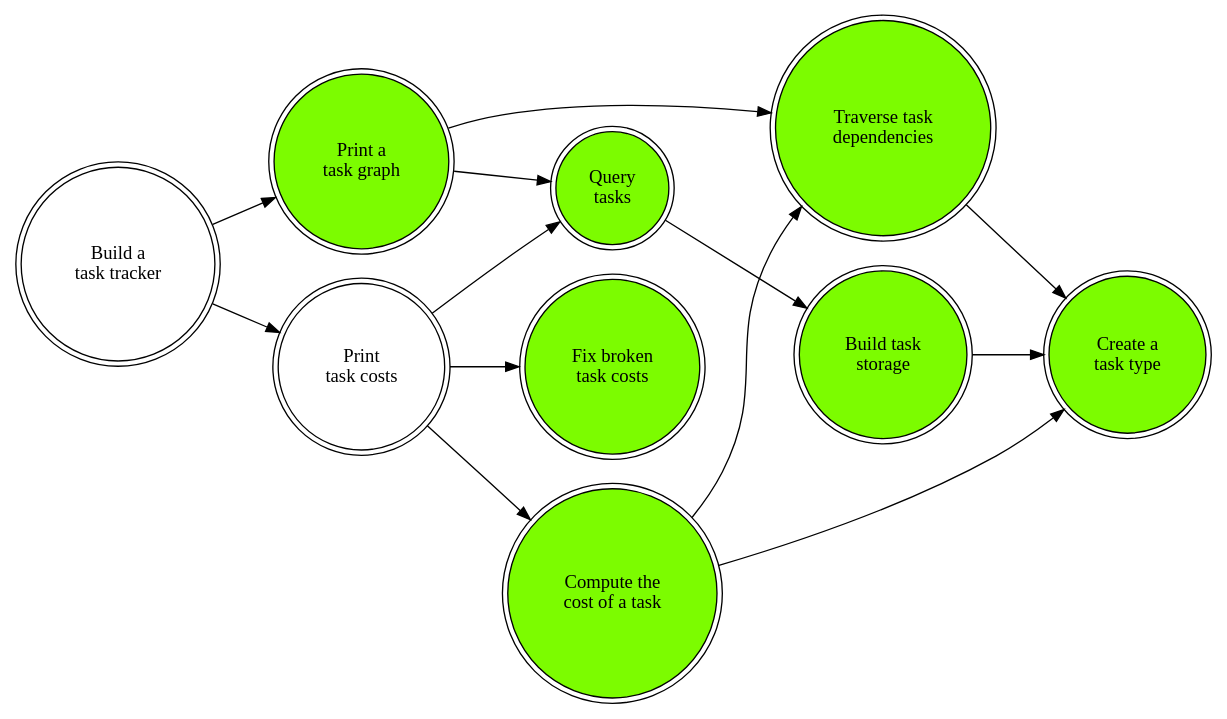
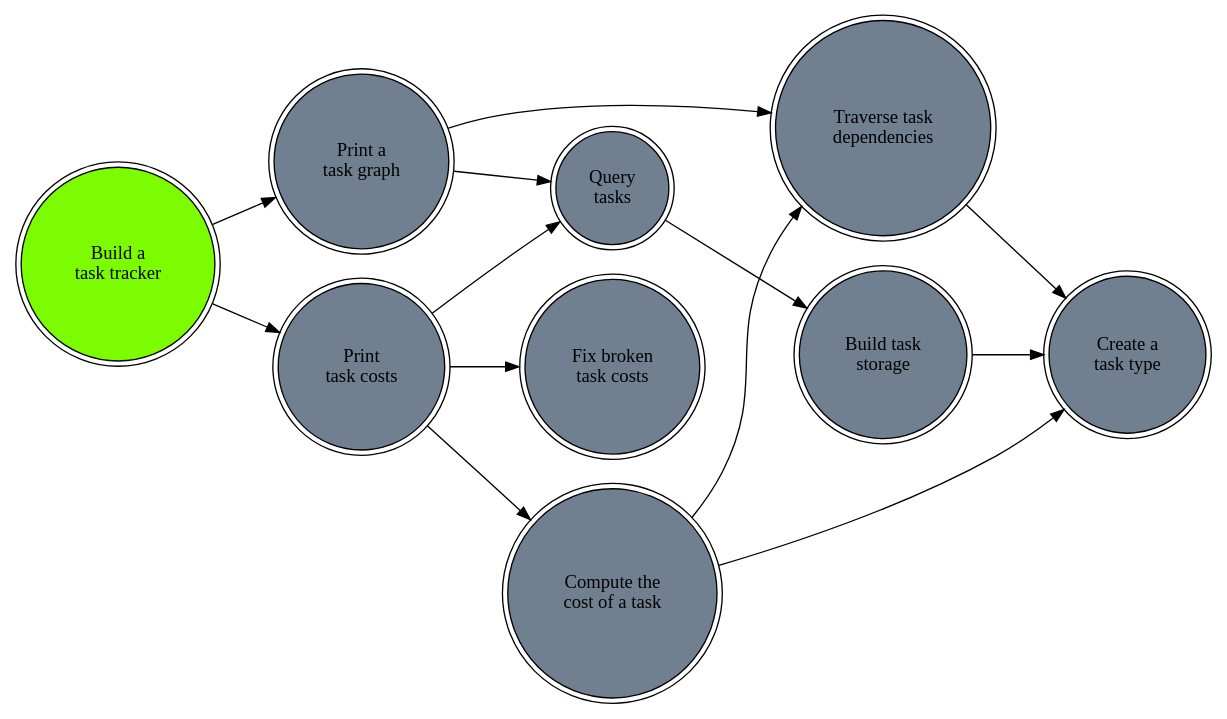
The diagram in dags/tasks6.dot (nuttycom/lc_winter-2018), drawn with Graphviz before and after one commit. The commit also changed 9 other files, not shown here.

```diff
--- a/dags/tasks6.dot
+++ b/dags/tasks6.dot
@@ -1,26 +1,26 @@
 digraph G {
   rankdir="LR";
   node [shape=doublecircle]
-  tt  [label="Build a\ntask tracker"]
-  ct  [label="Create a\ntask type"; style="filled"; fillcolor="lawngreen"]
-  ptg [label="Print a\ntask graph"; style="filled"; fillcolor="lawngreen"]
-  ptc [label="Print\ntask costs"]
-  qt  [label="Query\ntasks"; style="filled"; fillcolor="lawngreen"]
-  bts [label="Build task\nstorage"; style="filled"; fillcolor="lawngreen"]
-  ctc [label="Compute the\ncost of a task"; style="filled"; fillcolor="lawngreen"]
-  ttd [label="Traverse task\ndependencies"; style="filled"; fillcolor="lawngreen"]
-  ftc [label="Fix broken\ntask costs"; style=filled; fillcolor="lawngreen"]
+  tt  [label="Build a\ntask tracker"; style="filled"; fillcolor="lawngreen"]
+  ct  [label="Create a\ntask type"; style="filled"; fillcolor="slategray"]
+  ptg [label="Print a\ntask graph"; style="filled"; fillcolor="slategray"]
+  ptc [label="Print\ntask costs"; style="filled"; fillcolor="slategray"]
+  qt  [label="Query\ntasks"; style="filled"; fillcolor="slategray"]
+  bts [label="Build task\nstorage"; style="filled"; fillcolor="slategray"]
+  ctc [label="Compute the\ncost of a task"; style="filled"; fillcolor="slategray"]
+  ttd [label="Traverse task\ndependencies"; style="filled"; fillcolor="slategray"]
+  ftc [label="Fix broken\ntask costs"; style=filled; fillcolor="slategray"]
 
   tt  -> ptg
   ptg -> qt
   qt  -> bts
   tt  -> ptc
   ptc -> qt
   ptc -> ctc
   ctc -> ct
   bts -> ct
   ptg -> ttd
   ttd -> ct
   ctc -> ttd
   ptc -> ftc
 }
```
